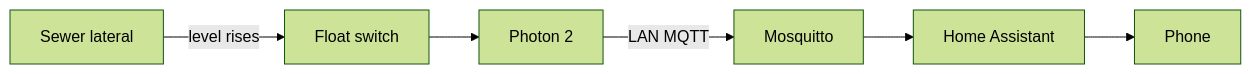
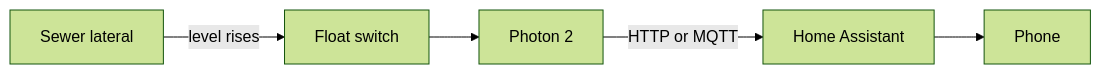
Before and after one commit to esper256/smart-sewer-backup-detector: the diagram in README.md, drawn with Mermaid (forest theme). The commit also changed other lines of this file and 5 other files, not shown here.

First line of the commit message:
Keep MQTT and add HTTP as a compile-time option.

````diff
--- a/README.md
+++ b/README.md
@@ -21,8 +27,7 @@
 ```mermaid
 flowchart LR
   lateral[Sewer lateral] -->|level rises| float[Float switch]
   float --> photon[Photon 2]
-  photon -->|LAN MQTT| broker[Mosquitto]
-  broker --> ha[Home Assistant]
+  photon -->|HTTP or MQTT| ha[Home Assistant]
   ha --> phone[Phone]
 ```
````
